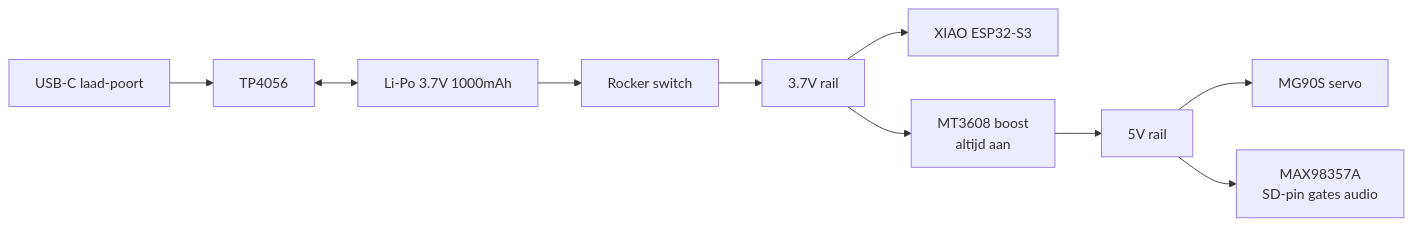
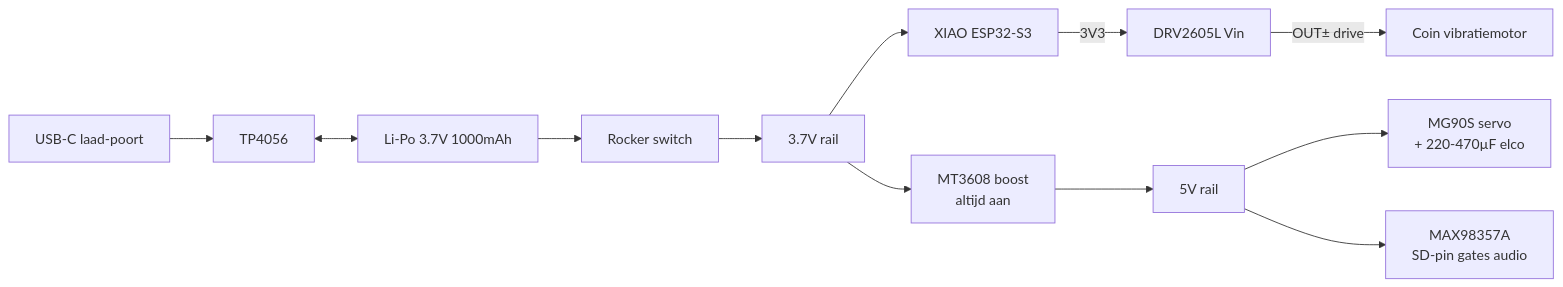
The second of 3 diagrams in docs/wiring.md (spiryns/UCD), drawn with Mermaid before and after one commit. The commit also changed other lines of this file and 5 other files, not shown here.

Commit message:
fix(audio): MAX98357A SD-pin via D10 + 100k pull-down (i.p.v. floating); GAIN aan GND voor 15dB; coin motor expliciet in pinout-tabel; HTML-schema bijgewerkt voor 5V servo-rail

````diff
--- a/docs/wiring.md
+++ b/docs/wiring.md
@@ -87,12 +91,14 @@
 ```mermaid
 flowchart LR
     USBC1[USB-C laad-poort] --> TP1[TP4056]
     TP1 <--> BAT1[Li-Po 3.7V 1000mAh]
     BAT1 --> SW1[Rocker switch]
     SW1 --> RAIL37[3.7V rail]
     RAIL37 --> XIAOPWR[XIAO ESP32-S3]
     RAIL37 --> BOOST[MT3608 boost<br/>altijd aan]
     BOOST --> RAIL5[5V rail]
-    RAIL5 --> SERVO[MG90S servo]
+    RAIL5 --> SERVO[MG90S servo<br/>+ 220-470µF elco]
     RAIL5 --> AMP[MAX98357A<br/>SD-pin gates audio]
+    XIAOPWR -->|3V3| DRV[DRV2605L Vin]
+    DRV -->|OUT± drive| COIN[Coin vibratiemotor]
 ```
````
